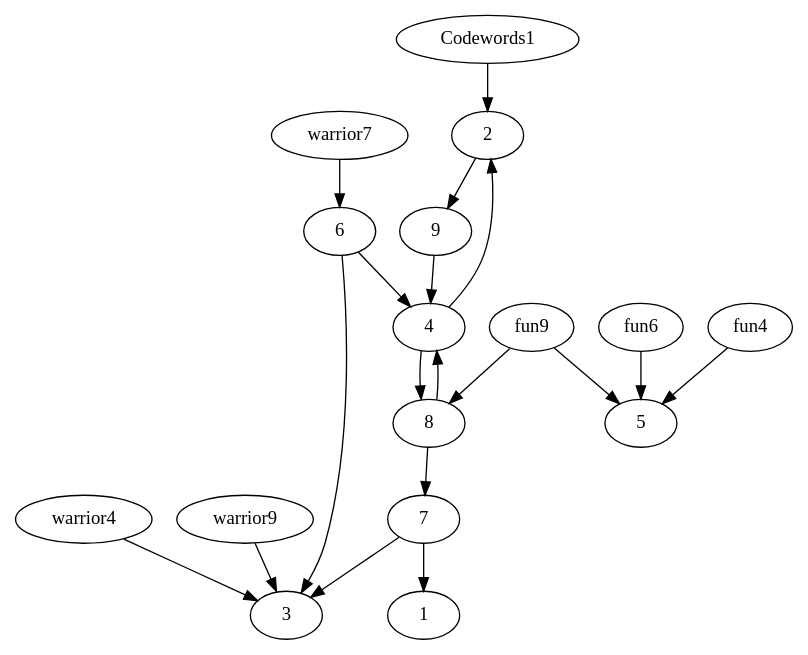
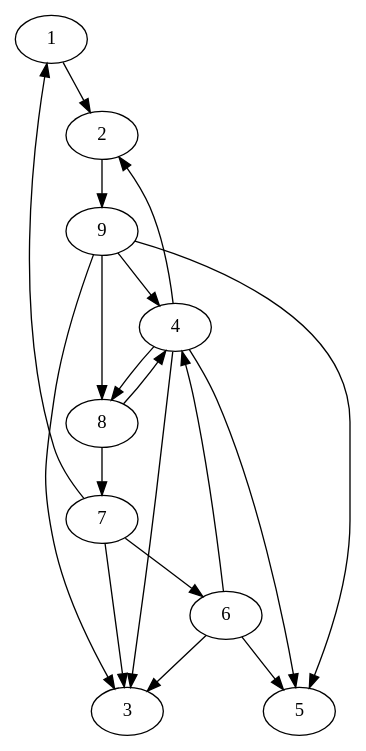
One commit to lifelike/gamebookformat changed the diagram in expected/codewords.dot. Above: the diagram before and after it, drawn with Graphviz. The commit also changed 5 other files, not shown here.

```diff
--- a/expected/codewords.dot
+++ b/expected/codewords.dot
@@ -1,21 +1,21 @@
 digraph gamebook {
 
- Codewords1->2
+  1->2
  2->9
-warrior4->3
+  4->3
 4->2
-fun4->5
+  4->5
 4->8
-fun6->5
+ 6->5
 6->3
 6->4
-warrior7->6
+ 7->6
 7->3
 7->1
 8->7
 8->4
-warrior9->3
-fun9->8
-fun9->5
+ 9->3
+ 9->8
+ 9->5
 9->4
 }
```
